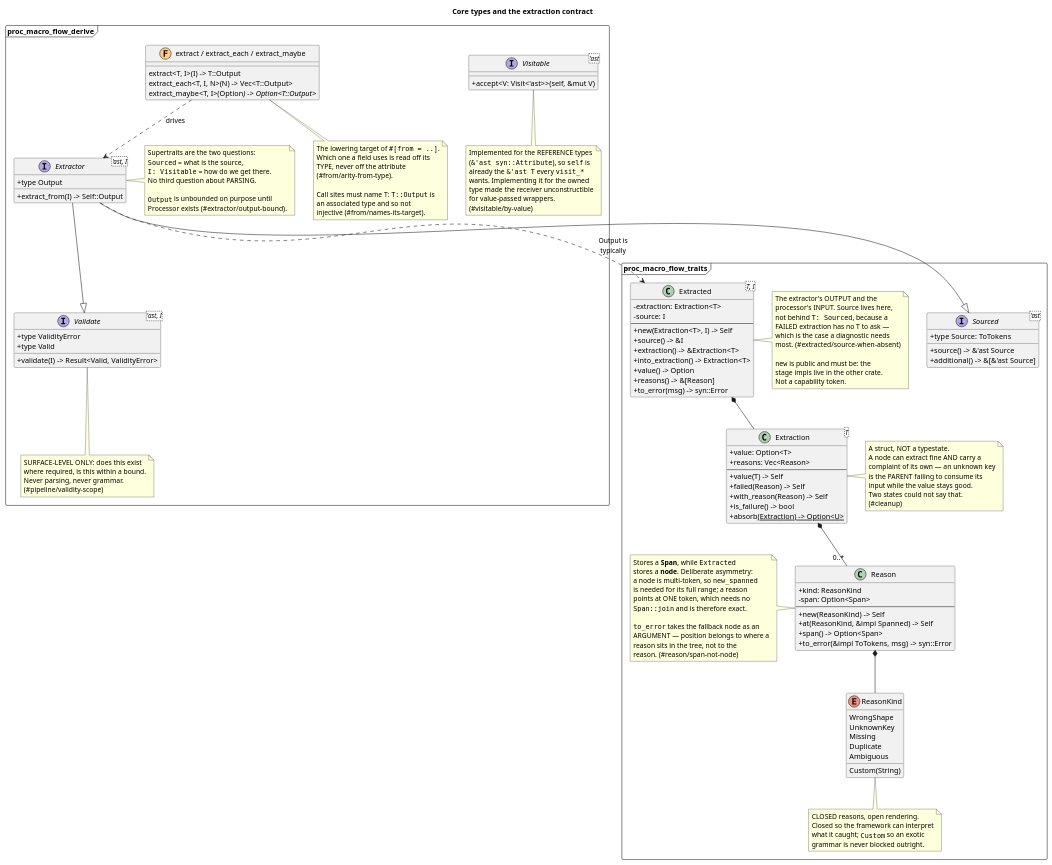
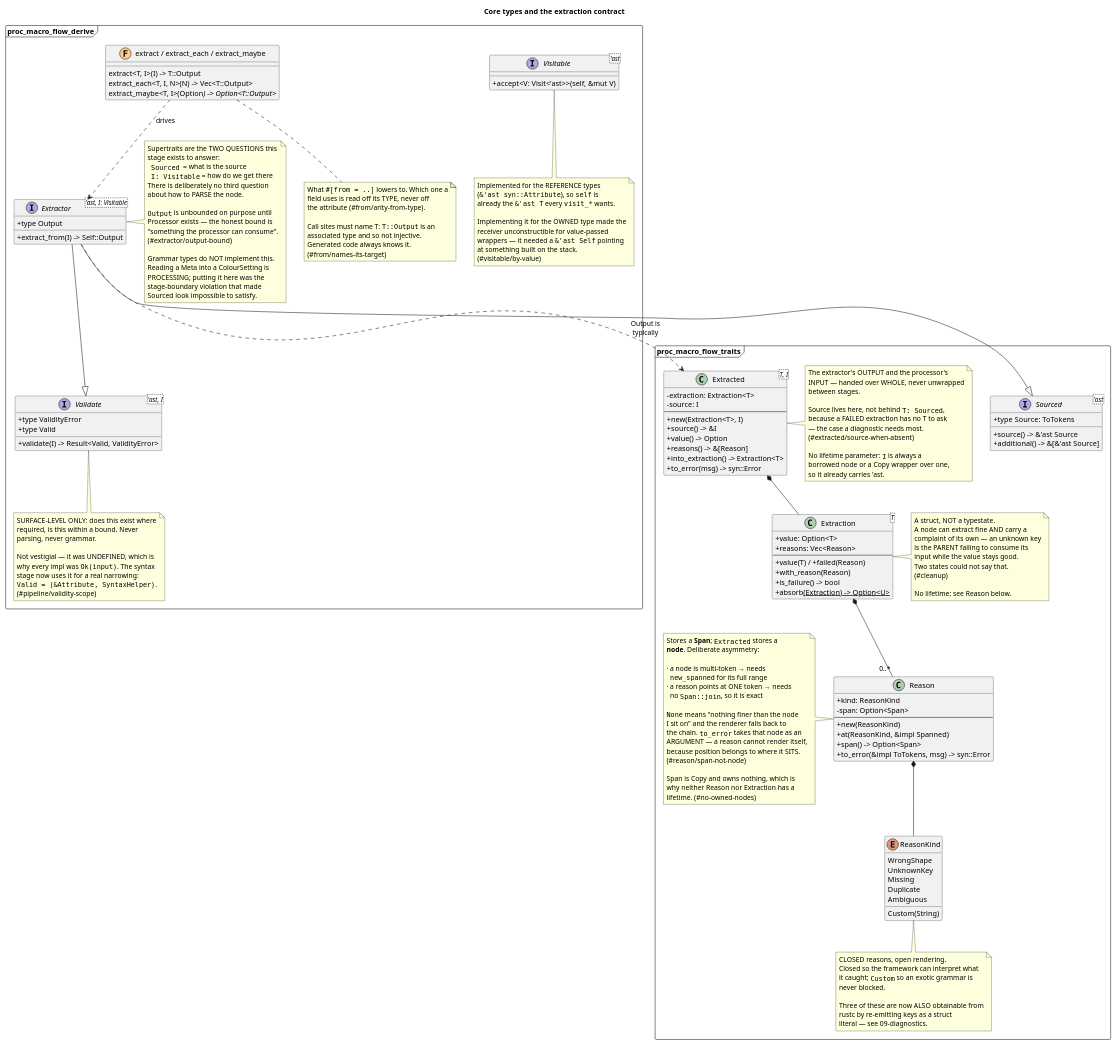
One commit to nzuzomagagula/proc-macro-flow changed the diagram in docs/design/04-class-core.puml. Above: the diagram before and after it, drawn with PlantUML. The commit also changed 32 other files, not shown here.

```diff
--- a/docs/design/04-class-core.puml
+++ b/docs/design/04-class-core.puml
@@ -1,166 +1,195 @@
 @startuml class-core
 title Core types and the extraction contract
 
 skinparam shadowing false
 skinparam classAttributeIconSize 0
 
 package proc_macro_flow_traits <<Frame>> {
 
   class "Extraction<T>" as Extraction {
     +value: Option<T>
     +reasons: Vec<Reason>
     --
-    +value(T) -> Self
-    +failed(Reason) -> Self
-    +with_reason(Reason) -> Self
+    +value(T) / +failed(Reason)
+    +with_reason(Reason)
     +is_failure() -> bool
     +absorb<U>(Extraction<U>) -> Option<U>
   }
   note right of Extraction
     A struct, NOT a typestate.
     A node can extract fine AND carry a
     complaint of its own — an unknown key
     is the PARENT failing to consume its
     input while the value stays good.
     Two states could not say that.
     (#cleanup)
+
+    No lifetime: see Reason below.
   end note
 
   class "Extracted<T, I>" as Extracted {
     -extraction: Extraction<T>
     -source: I
     --
-    +new(Extraction<T>, I) -> Self
+    +new(Extraction<T>, I)
     +source() -> &I
-    +extraction() -> &Extraction<T>
-    +into_extraction() -> Extraction<T>
     +value() -> Option<&T>
     +reasons() -> &[Reason]
+    +into_extraction() -> Extraction<T>
     +to_error(msg) -> syn::Error
   }
   note right of Extracted
-    The extractor's OUTPUT and the
-    processor's INPUT. Source lives here,
-    not behind ""T: Sourced"", because a
-    FAILED extraction has no T to ask —
-    which is the case a diagnostic needs
-    most. (#extracted/source-when-absent)
+    The extractor's OUTPUT and the processor's
+    INPUT — handed over WHOLE, never unwrapped
+    between stages.
 
-    ""new"" is public and must be: the
-    stage impls live in the other crate.
-    Not a capability token.
+    Source lives here, not behind ""T: Sourced"",
+    because a FAILED extraction has no T to ask
+    — the case a diagnostic needs most.
+    (#extracted/source-when-absent)
+
+    No lifetime parameter: ""I"" is always a
+    borrowed node or a Copy wrapper over one,
+    so it already carries 'ast.
   end note
 
   class Reason {
     +kind: ReasonKind
     -span: Option<Span>
     --
-    +new(ReasonKind) -> Self
-    +at(ReasonKind, &impl Spanned) -> Self
+    +new(ReasonKind)
+    +at(ReasonKind, &impl Spanned)
     +span() -> Option<Span>
     +to_error(&impl ToTokens, msg) -> syn::Error
   }
   note left of Reason
-    Stores a **Span**, while ""Extracted""
-    stores a **node**. Deliberate asymmetry:
-    a node is multi-token, so ""new_spanned""
-    is needed for its full range; a reason
-    points at ONE token, which needs no
-    ""Span::join"" and is therefore exact.
+    Stores a **Span**; ""Extracted"" stores a
+    **node**. Deliberate asymmetry:
 
-    ""to_error"" takes the fallback node as an
-    ARGUMENT — position belongs to where a
-    reason sits in the tree, not to the
-    reason. (#reason/span-not-node)
+    · a node is multi-token → needs
+      ""new_spanned"" for its full range
+    · a reason points at ONE token → needs
+      no ""Span::join"", so it is exact
+
+    ""None"" means "nothing finer than the node
+    I sit on" and the renderer falls back to
+    the chain. ""to_error"" takes that node as an
+    ARGUMENT — a reason cannot render itself,
+    because position belongs to where it SITS.
+    (#reason/span-not-node)
+
+    Span is Copy and owns nothing, which is
+    why neither Reason nor Extraction has a
+    lifetime. (#no-owned-nodes)
   end note
 
   enum ReasonKind {
     WrongShape
     UnknownKey
     Missing
     Duplicate
     Ambiguous
     Custom(String)
   }
   note bottom of ReasonKind
     CLOSED reasons, open rendering.
-    Closed so the framework can interpret
-    what it caught; ""Custom"" so an exotic
-    grammar is never blocked outright.
+    Closed so the framework can interpret what
+    it caught; ""Custom"" so an exotic grammar is
+    never blocked.
+
+    Three of these are now ALSO obtainable from
+    rustc by re-emitting keys as a struct
+    literal — see 09-diagnostics.
   end note
 
   interface "Sourced<'ast>" as Sourced {
     +type Source: ToTokens
     +source() -> &'ast Source
     +additional() -> &[&'ast Source]
   }
 }
 
 package proc_macro_flow_derive <<Frame>> {
 
-  interface "Extractor<'ast, I>" as Extractor {
+  interface "Extractor<'ast, I: Visitable>" as Extractor {
     +type Output
     +extract_from(I) -> Self::Output
   }
   note right of Extractor
-    Supertraits are the two questions:
-    ""Sourced"" = what is the source,
-    ""I: Visitable"" = how do we get there.
-    No third question about PARSING.
+    Supertraits are the TWO QUESTIONS this
+    stage exists to answer:
+      ""Sourced""  = what is the source
+      ""I: Visitable"" = how do we get there
+    There is deliberately no third question
+    about how to PARSE the node.
 
     ""Output"" is unbounded on purpose until
-    Processor exists (#extractor/output-bound).
+    Processor exists — the honest bound is
+    "something the processor can consume".
+    (#extractor/output-bound)
+
+    Grammar types do NOT implement this.
+    Reading a Meta into a ColourSetting is
+    PROCESSING; putting it here was the
+    stage-boundary violation that made
+    Sourced look impossible to satisfy.
   end note
 
   interface "Validate<'ast, I>" as Validate {
     +type ValidityError
     +type Valid
     +validate(I) -> Result<Valid, ValidityError>
   }
   note bottom of Validate
-    SURFACE-LEVEL ONLY: does this exist
-    where required, is this within a bound.
-    Never parsing, never grammar.
+    SURFACE-LEVEL ONLY: does this exist where
+    required, is this within a bound. Never
+    parsing, never grammar.
+
+    Not vestigial — it was UNDEFINED, which is
+    why every impl was ""Ok(input)"". The syntax
+    stage now uses it for a real narrowing:
+    ""Valid = (&Attribute, SyntaxHelper)"".
     (#pipeline/validity-scope)
   end note
 
   interface "Visitable<'ast>" as Visitable {
     +accept<V: Visit<'ast>>(self, &mut V)
   }
   note bottom of Visitable
     Implemented for the REFERENCE types
     (""&'ast syn::Attribute""), so ""self"" is
-    already the ""&'ast T"" every ""visit_*""
-    wants. Implementing it for the owned
-    type made the receiver unconstructible
-    for value-passed wrappers.
+    already the ""&'ast T"" every ""visit_*"" wants.
+
+    Implementing it for the OWNED type made the
+    receiver unconstructible for value-passed
+    wrappers — it needed a ""&'ast Self"" pointing
+    at something built on the stack.
     (#visitable/by-value)
   end note
 
-  ' --- free functions: what #[from] lowers to ---
   class "extract / extract_each / extract_maybe" as FromHelpers <<(F,#FFCC88)>> {
     extract<T, I>(I) -> T::Output
     extract_each<T, I, N>(N) -> Vec<T::Output>
     extract_maybe<T, I>(Option<I>) -> Option<T::Output>
   }
   note bottom of FromHelpers
-    The lowering target of ""#[from = ..]"".
-    Which one a field uses is read off its
-    TYPE, never off the attribute
-    (#from/arity-from-type).
+    What ""#[from = ..]"" lowers to. Which one a
+    field uses is read off its TYPE, never off
+    the attribute (#from/arity-from-type).
 
-    Call sites must name T: ""T::Output"" is
-    an associated type and so not
-    injective (#from/names-its-target).
+    Call sites must name T: ""T::Output"" is an
+    associated type and so not injective.
+    Generated code always knows it.
+    (#from/names-its-target)
   end note
 }
 
 Extracted *-- Extraction
 Extraction *-- "0..*" Reason
 Reason *-- ReasonKind
 Extractor --|> Sourced
 Extractor --|> Validate
 Extractor ..> Extracted : Output is\ntypically
 FromHelpers ..> Extractor : drives
 
 @enduml
```
